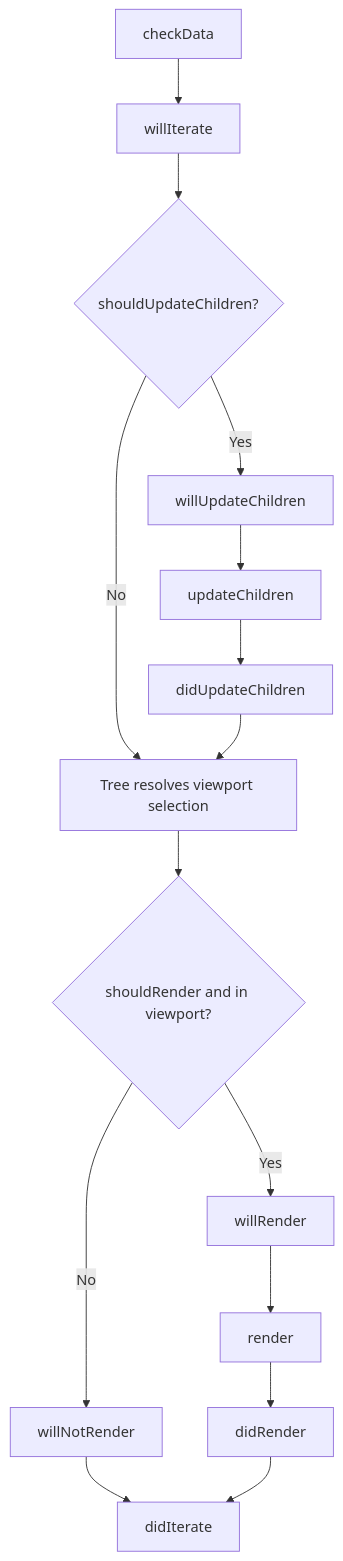
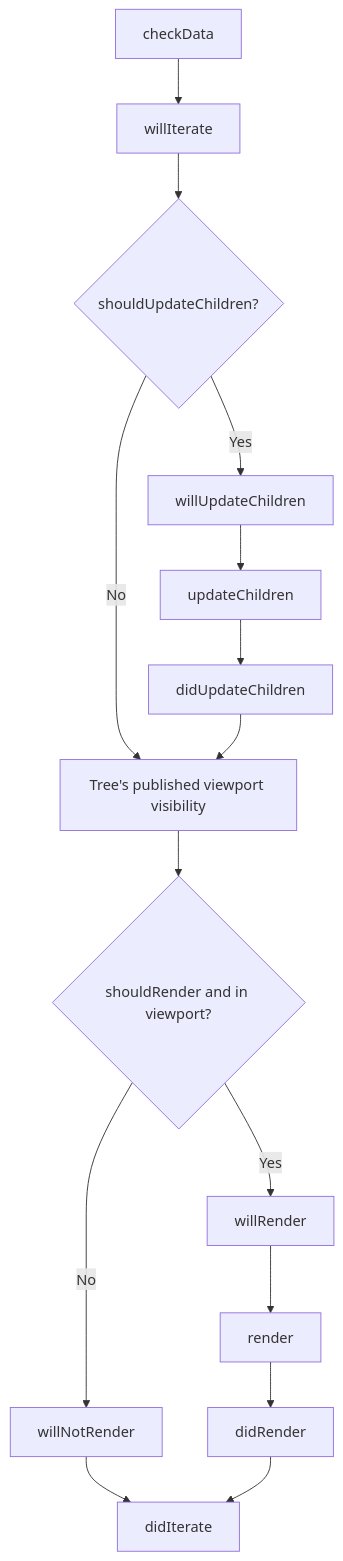
Before and after one commit to gravity-ui/graph: the second of 2 diagrams in packages/graph/docs/system/component-lifecycle.md, drawn with Mermaid. The commit also changed other lines of this file and 17 other files, not shown here.

First line of the commit message:
perf(graph): keep tree culling visibility incremental

````diff
--- a/packages/graph/docs/system/component-lifecycle.md
+++ b/packages/graph/docs/system/component-lifecycle.md
@@ -70,17 +72,17 @@
    ```mermaid
    flowchart TD
        A[checkData] --> B[willIterate]
        B --> H{shouldUpdateChildren?}
        H -->|Yes| I[willUpdateChildren]
        I --> J[updateChildren]
        J --> K[didUpdateChildren]
-       H -->|No| V[Tree resolves viewport selection]
+       H -->|No| V[Tree's published viewport visibility]
        K --> V
        V --> C{shouldRender and in viewport?}
        C -->|Yes| D[willRender]
        D --> E[render]
        E --> F[didRender]
        C -->|No| G[willNotRender]
        G --> L[didIterate]
        F --> L
    ```
````
